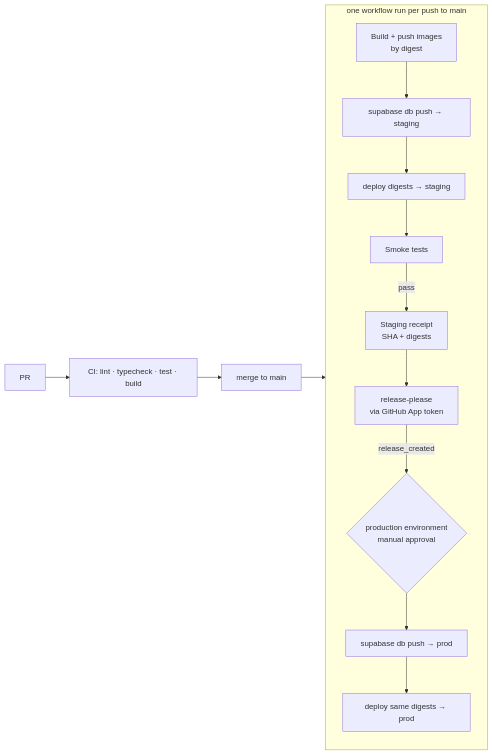
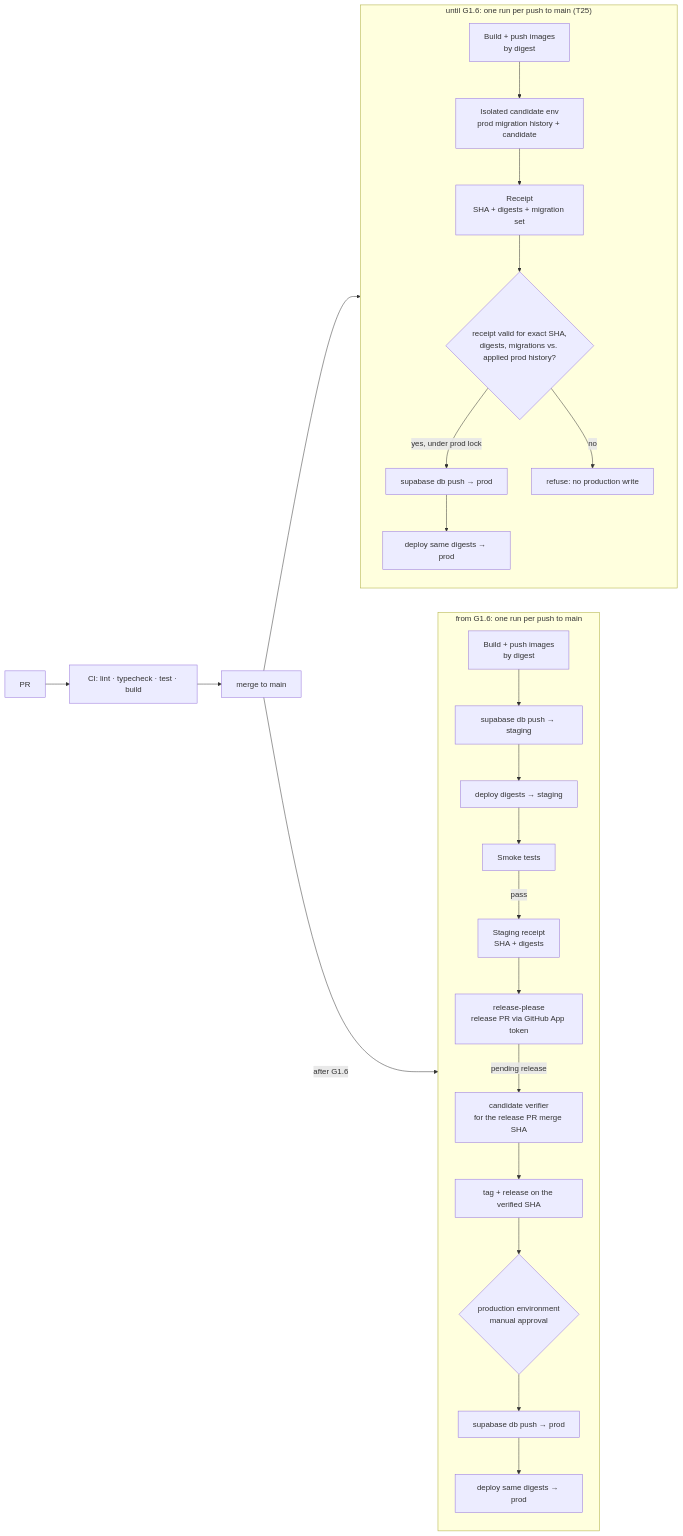
The diagram in docs/plan/06-deployment.md (soeenplop/enduva), drawn with Mermaid before and after one commit. The commit also changed other lines of this file and 3 other files, not shown here.

First line of the commit message:
docs(plan): lock production sign-up from the start and gate both deploy paths on receipts

````diff
--- a/docs/plan/06-deployment.md
+++ b/docs/plan/06-deployment.md
@@ -33,16 +33,27 @@
 ```mermaid
 flowchart LR
   PR[PR] --> CI[CI: lint · typecheck · test · build]
   CI --> MERGE[merge to main]
-  subgraph RUN["one workflow run per push to main"]
+  subgraph PRE["until G1.6: one run per push to main (T25)"]
+    IMG0[Build + push images<br/>by digest] --> ISO[Isolated candidate env<br/>prod migration history + candidate]
+    ISO --> REC0[Receipt<br/>SHA + digests + migration set]
+    REC0 --> GATE0{receipt valid for exact SHA,<br/>digests, migrations vs. applied prod history?}
+    GATE0 -- yes, under prod lock --> MIG0[supabase db push → prod]
+    MIG0 --> DEP0[deploy same digests → prod]
+    GATE0 -- no --> STOP0[refuse: no production write]
+  end
+  subgraph RUN["from G1.6: one run per push to main"]
     IMG[Build + push images<br/>by digest] --> MIG_S[supabase db push → staging]
     MIG_S --> DEP_S[deploy digests → staging]
     DEP_S --> SMOKE[Smoke tests]
     SMOKE -- pass --> RECEIPT[Staging receipt<br/>SHA + digests]
-    RECEIPT --> RP[release-please<br/>via GitHub App token]
-    RP -- release_created --> APPROVE{production environment<br/>manual approval}
+    RECEIPT --> RP[release-please<br/>release PR via GitHub App token]
+    RP -- pending release --> VER[candidate verifier<br/>for the release PR merge SHA]
+    VER --> TAG[tag + release on the verified SHA]
+    TAG --> APPROVE{production environment<br/>manual approval}
     APPROVE --> MIG_P[supabase db push → prod]
     MIG_P --> DEP_P[deploy same digests → prod]
   end
-  MERGE --> RUN
+  MERGE --> PRE
+  MERGE -- "after G1.6" --> RUN
 ```
````
